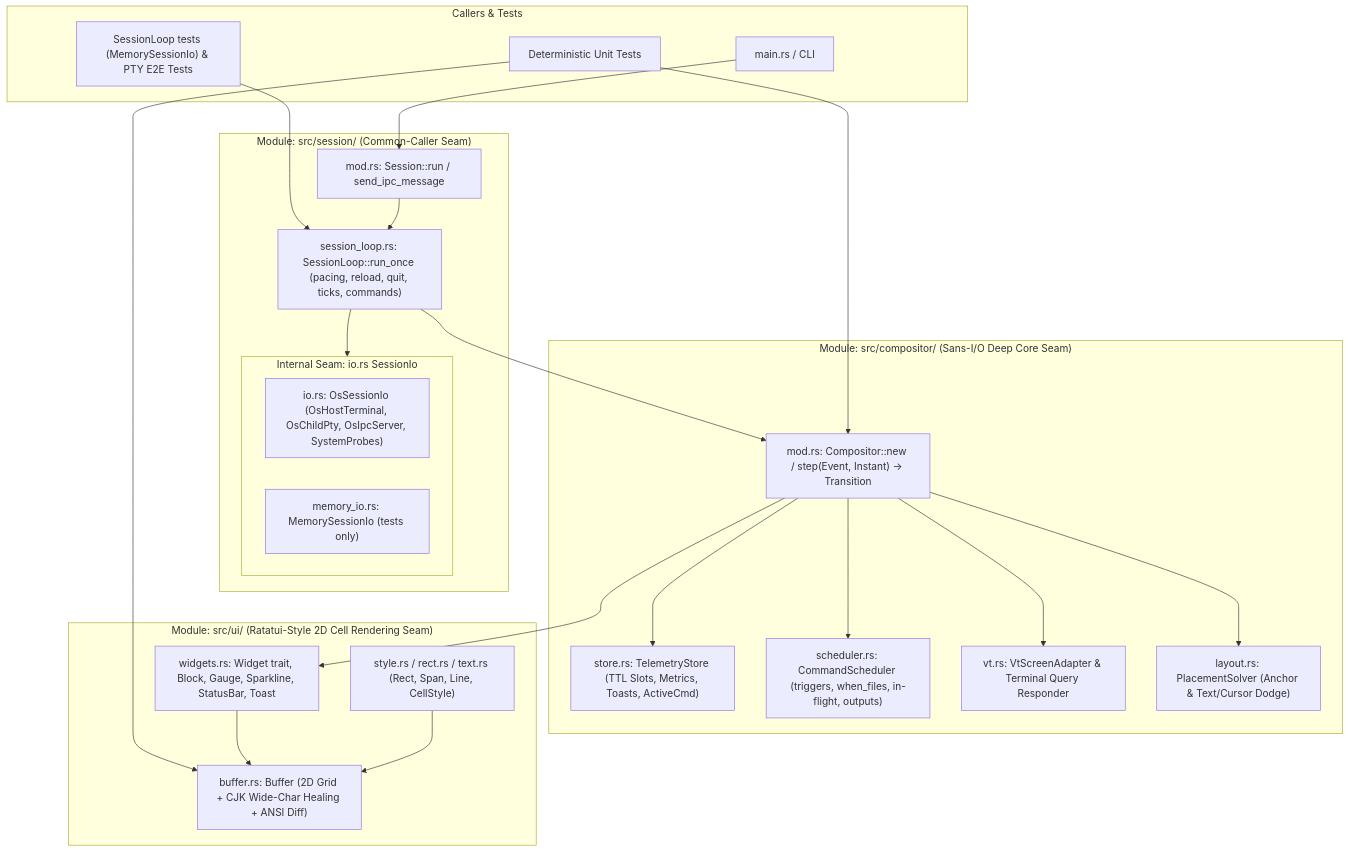
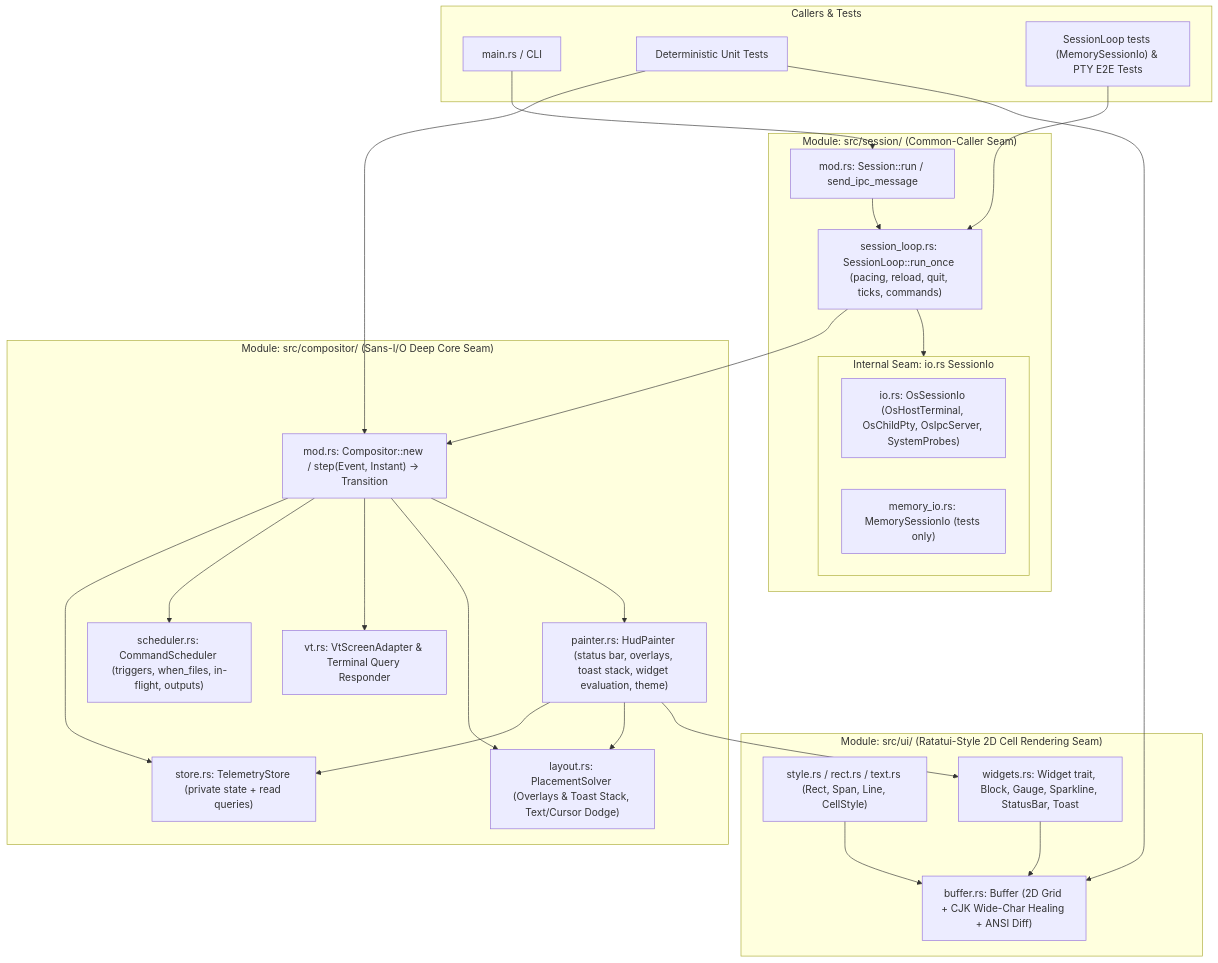
One commit to yamadayuki/thud changed the diagram in docs/architecture/compositor-module.md. Above: the diagram before and after it, drawn with Mermaid. The commit also changed other lines of this file and 11 other files, not shown here.

First line of the commit message:
refactor(compositor): paint the HUD in HudPainter and close TelemetryStore (ADR-007)

````diff
--- a/docs/architecture/compositor-module.md
+++ b/docs/architecture/compositor-module.md
@@ -14,46 +14,50 @@
 ```mermaid
 flowchart TB
     subgraph ExternalCallers["Callers & Tests"]
         CLI["main.rs / CLI"]
         UnitTest["Deterministic Unit Tests"]
         IntegTest["SessionLoop tests (MemorySessionIo) & PTY E2E Tests"]
     end
 
     subgraph SessionModule["Module: src/session/ (Common-Caller Seam)"]
         SessionRun["mod.rs: Session::run / send_ipc_message"]
         Loop["session_loop.rs: SessionLoop::run_once (pacing, reload, quit, ticks, commands)"]
         subgraph InternalSeam["Internal Seam: io.rs SessionIo"]
             OsIo["io.rs: OsSessionIo (OsHostTerminal, OsChildPty, OsIpcServer, SystemProbes)"]
             MemIo["memory_io.rs: MemorySessionIo (tests only)"]
         end
     end
 
     subgraph CompositorModule["Module: src/compositor/ (Sans-I/O Deep Core Seam)"]
         Step["mod.rs: Compositor::new / step(Event, Instant) -> Transition"]
-        Store["store.rs: TelemetryStore (TTL Slots, Metrics, Toasts, ActiveCmd)"]
+        Store["store.rs: TelemetryStore (private state + read queries)"]
+        Painter["painter.rs: HudPainter (status bar, overlays, toast stack, widget evaluation, theme)"]
         Sched["scheduler.rs: CommandScheduler (triggers, when_files, in-flight, outputs)"]
         VTE["vt.rs: VtScreenAdapter & Terminal Query Responder"]
-        Layout["layout.rs: PlacementSolver (Anchor & Text/Cursor Dodge)"]
+        Layout["layout.rs: PlacementSolver (Overlays & Toast Stack, Text/Cursor Dodge)"]
     end
 
     subgraph UiModule["Module: src/ui/ (Ratatui-Style 2D Cell Rendering Seam)"]
         Primitives["style.rs / rect.rs / text.rs (Rect, Span, Line, CellStyle)"]
         Surface["buffer.rs: Buffer (2D Grid + CJK Wide-Char Healing + ANSI Diff)"]
         Widgets["widgets.rs: Widget trait, Block, Gauge, Sparkline, StatusBar, Toast"]
     end
 
     CLI --> SessionRun
     IntegTest --> Loop
     UnitTest --> Step
     UnitTest --> Surface
     SessionRun --> Loop
     Loop --> InternalSeam
     Loop --> Step
     Step --> Store
     Step --> Sched
     Step --> VTE
     Step --> Layout
-    Step --> Widgets
+    Step --> Painter
+    Painter --> Store
+    Painter --> Layout
+    Painter --> Widgets
     Widgets --> Surface
     Primitives --> Surface
 ```
````
